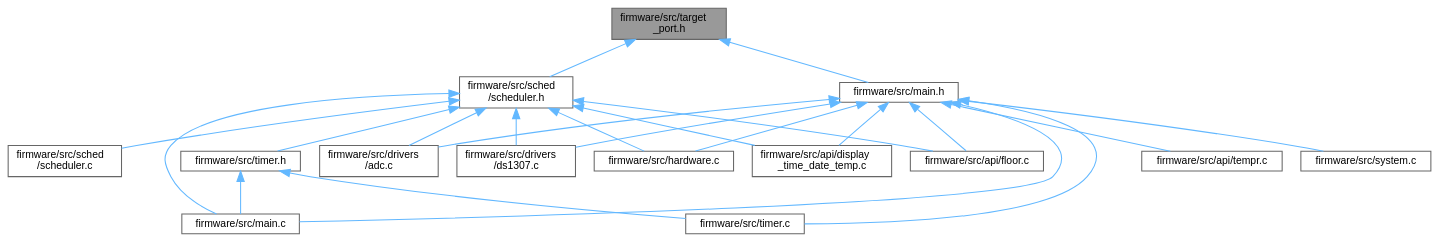
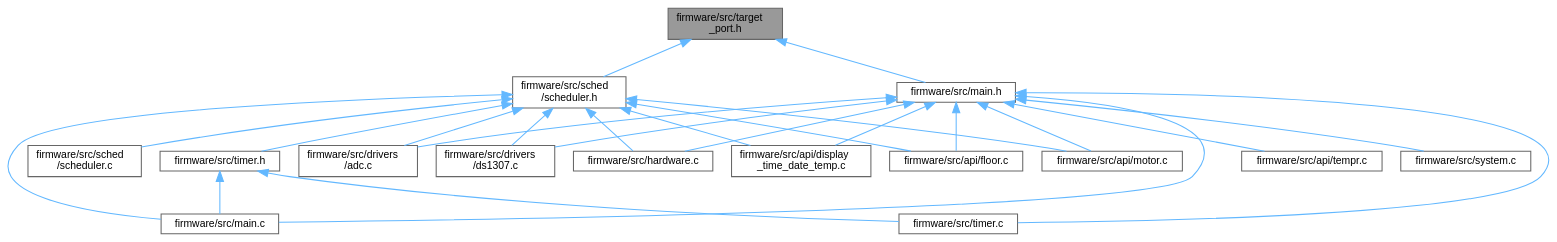
The diagram in dev/target__port_8h__dep__incl.dot (Ghaadyy/elevator-controller), drawn with Graphviz before and after one commit. The commit also changed 95 other files, not shown here.

```diff
--- a/dev/target__port_8h__dep__incl.dot
+++ b/dev/target__port_8h__dep__incl.dot
@@ -1,42 +1,45 @@
 digraph "firmware/src/target_port.h"
 {
  // LATEX_PDF_SIZE
   bgcolor="transparent";
   edge [fontname=Helvetica,fontsize=10,labelfontname=Helvetica,labelfontsize=10];
   node [fontname=Helvetica,fontsize=10,shape=box,height=0.2,width=0.4];
   Node1 [id="Node000001",label="firmware/src/target\l_port.h",height=0.2,width=0.4,color="gray40", fillcolor="grey60", style="filled", fontcolor="black",tooltip=" "];
   Node1 -> Node2 [id="edge1_Node000001_Node000002",dir="back",color="steelblue1",style="solid",tooltip=" "];
   Node2 [id="Node000002",label="firmware/src/main.h",height=0.2,width=0.4,color="grey40", fillcolor="white", style="filled",URL="$main_8h.html",tooltip=" "];
   Node2 -> Node3 [id="edge2_Node000002_Node000003",dir="back",color="steelblue1",style="solid",tooltip=" "];
   Node3 [id="Node000003",label="firmware/src/api/display\l_time_date_temp.c",height=0.2,width=0.4,color="grey40", fillcolor="white", style="filled",URL="$display__time__date__temp_8c.html",tooltip=" "];
   Node2 -> Node4 [id="edge3_Node000002_Node000004",dir="back",color="steelblue1",style="solid",tooltip=" "];
   Node4 [id="Node000004",label="firmware/src/api/floor.c",height=0.2,width=0.4,color="grey40", fillcolor="white", style="filled",URL="$floor_8c.html",tooltip="Implementation of the floor monitor API."];
   Node2 -> Node5 [id="edge4_Node000002_Node000005",dir="back",color="steelblue1",style="solid",tooltip=" "];
-  Node5 [id="Node000005",label="firmware/src/api/tempr.c",height=0.2,width=0.4,color="grey40", fillcolor="white", style="filled",URL="$tempr_8c.html",tooltip=" "];
+  Node5 [id="Node000005",label="firmware/src/api/motor.c",height=0.2,width=0.4,color="grey40", fillcolor="white", style="filled",URL="$motor_8c.html",tooltip=" "];
   Node2 -> Node6 [id="edge5_Node000002_Node000006",dir="back",color="steelblue1",style="solid",tooltip=" "];
-  Node6 [id="Node000006",label="firmware/src/drivers\l/adc.c",height=0.2,width=0.4,color="grey40", fillcolor="white", style="filled",URL="$adc_8c.html",tooltip=" "];
+  Node6 [id="Node000006",label="firmware/src/api/tempr.c",height=0.2,width=0.4,color="grey40", fillcolor="white", style="filled",URL="$tempr_8c.html",tooltip=" "];
   Node2 -> Node7 [id="edge6_Node000002_Node000007",dir="back",color="steelblue1",style="solid",tooltip=" "];
-  Node7 [id="Node000007",label="firmware/src/drivers\l/ds1307.c",height=0.2,width=0.4,color="grey40", fillcolor="white", style="filled",URL="$ds1307_8c.html",tooltip=" "];
+  Node7 [id="Node000007",label="firmware/src/drivers\l/adc.c",height=0.2,width=0.4,color="grey40", fillcolor="white", style="filled",URL="$adc_8c.html",tooltip=" "];
   Node2 -> Node8 [id="edge7_Node000002_Node000008",dir="back",color="steelblue1",style="solid",tooltip=" "];
-  Node8 [id="Node000008",label="firmware/src/hardware.c",height=0.2,width=0.4,color="grey40", fillcolor="white", style="filled",URL="$hardware_8c.html",tooltip=" "];
+  Node8 [id="Node000008",label="firmware/src/drivers\l/ds1307.c",height=0.2,width=0.4,color="grey40", fillcolor="white", style="filled",URL="$ds1307_8c.html",tooltip=" "];
   Node2 -> Node9 [id="edge8_Node000002_Node000009",dir="back",color="steelblue1",style="solid",tooltip=" "];
-  Node9 [id="Node000009",label="firmware/src/main.c",height=0.2,width=0.4,color="grey40", fillcolor="white", style="filled",URL="$main_8c.html",tooltip=" "];
+  Node9 [id="Node000009",label="firmware/src/hardware.c",height=0.2,width=0.4,color="grey40", fillcolor="white", style="filled",URL="$hardware_8c.html",tooltip=" "];
   Node2 -> Node10 [id="edge9_Node000002_Node000010",dir="back",color="steelblue1",style="solid",tooltip=" "];
-  Node10 [id="Node000010",label="firmware/src/system.c",height=0.2,width=0.4,color="grey40", fillcolor="white", style="filled",URL="$system_8c.html",tooltip=" "];
+  Node10 [id="Node000010",label="firmware/src/main.c",height=0.2,width=0.4,color="grey40", fillcolor="white", style="filled",URL="$main_8c.html",tooltip=" "];
   Node2 -> Node11 [id="edge10_Node000002_Node000011",dir="back",color="steelblue1",style="solid",tooltip=" "];
-  Node11 [id="Node000011",label="firmware/src/timer.c",height=0.2,width=0.4,color="grey40", fillcolor="white", style="filled",URL="$timer_8c.html",tooltip=" "];
-  Node1 -> Node12 [id="edge11_Node000001_Node000012",dir="back",color="steelblue1",style="solid",tooltip=" "];
-  Node12 [id="Node000012",label="firmware/src/sched\l/scheduler.h",height=0.2,width=0.4,color="grey40", fillcolor="white", style="filled",URL="$scheduler_8h.html",tooltip=" "];
-  Node12 -> Node3 [id="edge12_Node000012_Node000003",dir="back",color="steelblue1",style="solid",tooltip=" "];
-  Node12 -> Node4 [id="edge13_Node000012_Node000004",dir="back",color="steelblue1",style="solid",tooltip=" "];
-  Node12 -> Node6 [id="edge14_Node000012_Node000006",dir="back",color="steelblue1",style="solid",tooltip=" "];
-  Node12 -> Node7 [id="edge15_Node000012_Node000007",dir="back",color="steelblue1",style="solid",tooltip=" "];
-  Node12 -> Node8 [id="edge16_Node000012_Node000008",dir="back",color="steelblue1",style="solid",tooltip=" "];
-  Node12 -> Node9 [id="edge17_Node000012_Node000009",dir="back",color="steelblue1",style="solid",tooltip=" "];
-  Node12 -> Node13 [id="edge18_Node000012_Node000013",dir="back",color="steelblue1",style="solid",tooltip=" "];
-  Node13 [id="Node000013",label="firmware/src/sched\l/scheduler.c",height=0.2,width=0.4,color="grey40", fillcolor="white", style="filled",URL="$scheduler_8c.html",tooltip="Co-operative scheduler."];
-  Node12 -> Node14 [id="edge19_Node000012_Node000014",dir="back",color="steelblue1",style="solid",tooltip=" "];
-  Node14 [id="Node000014",label="firmware/src/timer.h",height=0.2,width=0.4,color="grey40", fillcolor="white", style="filled",URL="$timer_8h.html",tooltip=" "];
-  Node14 -> Node9 [id="edge20_Node000014_Node000009",dir="back",color="steelblue1",style="solid",tooltip=" "];
-  Node14 -> Node11 [id="edge21_Node000014_Node000011",dir="back",color="steelblue1",style="solid",tooltip=" "];
+  Node11 [id="Node000011",label="firmware/src/system.c",height=0.2,width=0.4,color="grey40", fillcolor="white", style="filled",URL="$system_8c.html",tooltip=" "];
+  Node2 -> Node12 [id="edge11_Node000002_Node000012",dir="back",color="steelblue1",style="solid",tooltip=" "];
+  Node12 [id="Node000012",label="firmware/src/timer.c",height=0.2,width=0.4,color="grey40", fillcolor="white", style="filled",URL="$timer_8c.html",tooltip=" "];
+  Node1 -> Node13 [id="edge12_Node000001_Node000013",dir="back",color="steelblue1",style="solid",tooltip=" "];
+  Node13 [id="Node000013",label="firmware/src/sched\l/scheduler.h",height=0.2,width=0.4,color="grey40", fillcolor="white", style="filled",URL="$scheduler_8h.html",tooltip=" "];
+  Node13 -> Node3 [id="edge13_Node000013_Node000003",dir="back",color="steelblue1",style="solid",tooltip=" "];
+  Node13 -> Node4 [id="edge14_Node000013_Node000004",dir="back",color="steelblue1",style="solid",tooltip=" "];
+  Node13 -> Node5 [id="edge15_Node000013_Node000005",dir="back",color="steelblue1",style="solid",tooltip=" "];
+  Node13 -> Node7 [id="edge16_Node000013_Node000007",dir="back",color="steelblue1",style="solid",tooltip=" "];
+  Node13 -> Node8 [id="edge17_Node000013_Node000008",dir="back",color="steelblue1",style="solid",tooltip=" "];
+  Node13 -> Node9 [id="edge18_Node000013_Node000009",dir="back",color="steelblue1",style="solid",tooltip=" "];
+  Node13 -> Node10 [id="edge19_Node000013_Node000010",dir="back",color="steelblue1",style="solid",tooltip=" "];
+  Node13 -> Node14 [id="edge20_Node000013_Node000014",dir="back",color="steelblue1",style="solid",tooltip=" "];
+  Node14 [id="Node000014",label="firmware/src/sched\l/scheduler.c",height=0.2,width=0.4,color="grey40", fillcolor="white", style="filled",URL="$scheduler_8c.html",tooltip="Co-operative scheduler."];
+  Node13 -> Node15 [id="edge21_Node000013_Node000015",dir="back",color="steelblue1",style="solid",tooltip=" "];
+  Node15 [id="Node000015",label="firmware/src/timer.h",height=0.2,width=0.4,color="grey40", fillcolor="white", style="filled",URL="$timer_8h.html",tooltip=" "];
+  Node15 -> Node10 [id="edge22_Node000015_Node000010",dir="back",color="steelblue1",style="solid",tooltip=" "];
+  Node15 -> Node12 [id="edge23_Node000015_Node000012",dir="back",color="steelblue1",style="solid",tooltip=" "];
 }
```
